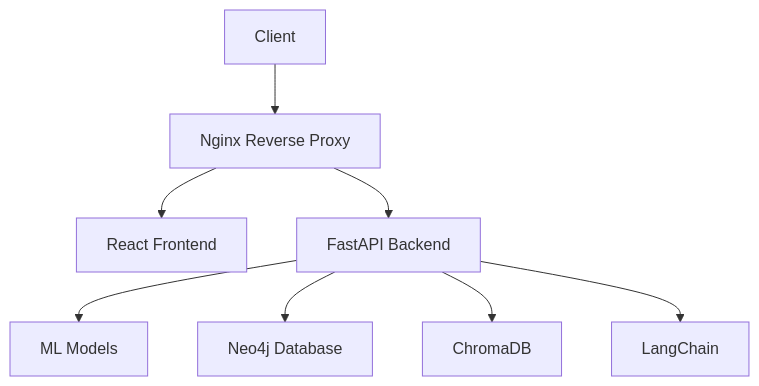
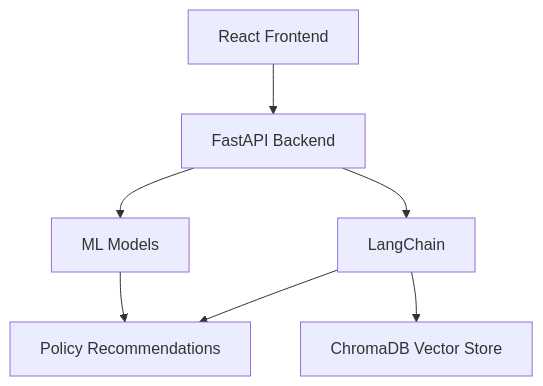
The diagram in README.md (Ishaan2605/Insurance-Bot), drawn with Mermaid before and after one commit. The commit also changed other lines of this file and 6 other files, not shown here.

````diff
--- a/README.md
+++ b/README.md
@@ -86,10 +50,9 @@
 ```mermaid
 graph TD
-    A[Client] --> B[Nginx Reverse Proxy]
-    B --> C[React Frontend]
-    B --> D[FastAPI Backend]
-    D --> E[ML Models]
-    D --> F[Neo4j Database]
-    D --> G[ChromaDB]
-    D --> H[LangChain]
+    A[React Frontend] --> B[FastAPI Backend]
+    B --> C[ML Models]
+    B --> D[LangChain]
+    D --> E[ChromaDB Vector Store]
+    C --> F[Policy Recommendations]
+    D --> F
 ```
````
